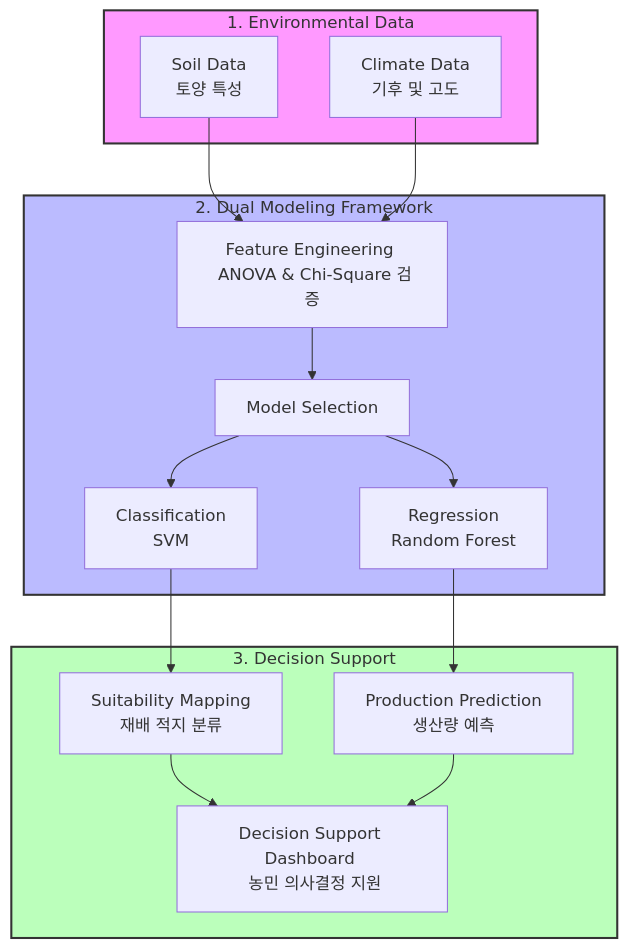
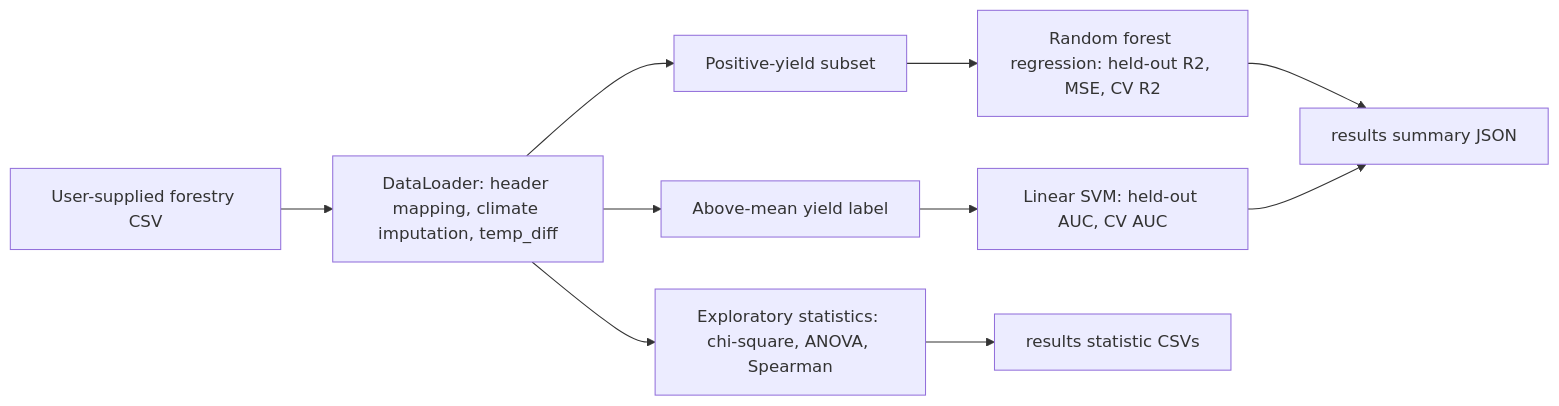
One commit to junhyung-L/2024-Forestry-Statistics-Smart-Competition-Contest changed the diagram in README.md. Above: the diagram before and after it, drawn with Mermaid. The commit also changed other lines of this file and 16 other files, not shown here.

````diff
--- a/README.md
+++ b/README.md
@@ -31,26 +37,12 @@
 ```mermaid
-graph TD
-    subgraph Inputs [1. Environmental Data]
-        A[Soil Data <br> 토양 특성]
-        B[Climate Data <br> 기후 및 고도]
-    end
-
-    subgraph Dual_Framework [2. Dual Modeling Framework]
-        A & B --> C[Feature Engineering <br> ANOVA & Chi-Square 검증]
-        C --> D[Model Selection]
-        
-        D --> E[Classification <br> SVM]
-        D --> F[Regression <br> Random Forest]
-    end
-
-    subgraph Outputs [3. Decision Support]
-        E --> G[Suitability Mapping <br> 재배 적지 분류]
-        F --> H[Production Prediction <br> 생산량 예측]
-        
-        G & H --> I[Decision Support Dashboard <br> 농민 의사결정 지원]
-    end
-
-    style Inputs fill:#f9f,stroke:#333,stroke-width:2px
-    style Dual_Framework fill:#bbf,stroke:#333,stroke-width:2px
-    style Outputs fill:#bfb,stroke:#333,stroke-width:2px
+flowchart LR
+    A[User-supplied forestry CSV] --> B[DataLoader: header mapping, climate imputation, temp_diff]
+    B --> C[Exploratory statistics: chi-square, ANOVA, Spearman]
+    B --> D[Positive-yield subset]
+    D --> E[Random forest regression: held-out R2, MSE, CV R2]
+    B --> F[Above-mean yield label]
+    F --> G[Linear SVM: held-out AUC, CV AUC]
+    C --> H[results statistic CSVs]
+    E --> I[results summary JSON]
+    G --> I
 ```
````
